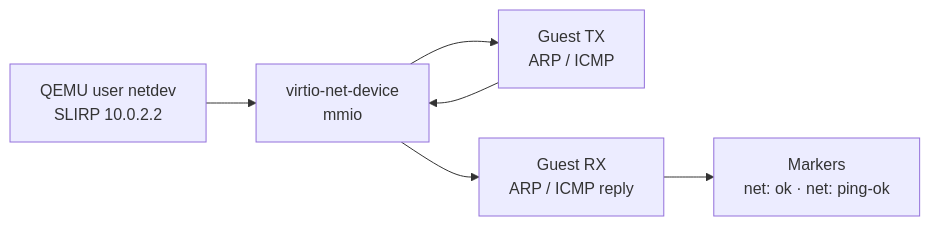
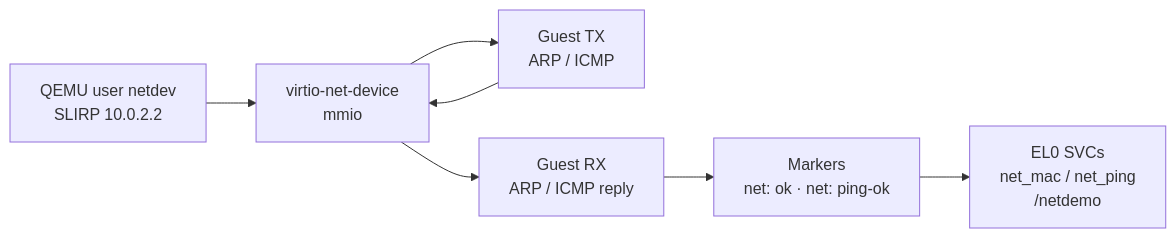
The sixth of 6 diagrams in docs/02-architecture/technical-architecture.md (artofdream/ctos), drawn with Mermaid before and after one commit. The commit also changed other lines of this file and 31 other files, not shown here.

````diff
--- a/docs/02-architecture/technical-architecture.md
+++ b/docs/02-architecture/technical-architecture.md
@@ -105,8 +105,9 @@
 ```mermaid
 flowchart LR
   QN["QEMU user netdev<br/>SLIRP 10.0.2.2"] --> VN["virtio-net-device<br/>mmio"]
   VN --> GTX["Guest TX<br/>ARP / ICMP"]
   VN --> GRX["Guest RX<br/>ARP / ICMP reply"]
   GTX --> VN
   GRX --> OK["Markers<br/>net: ok · net: ping-ok"]
+  OK --> EL0["EL0 SVCs<br/>net_mac / net_ping<br/>/netdemo"]
 ```
````
